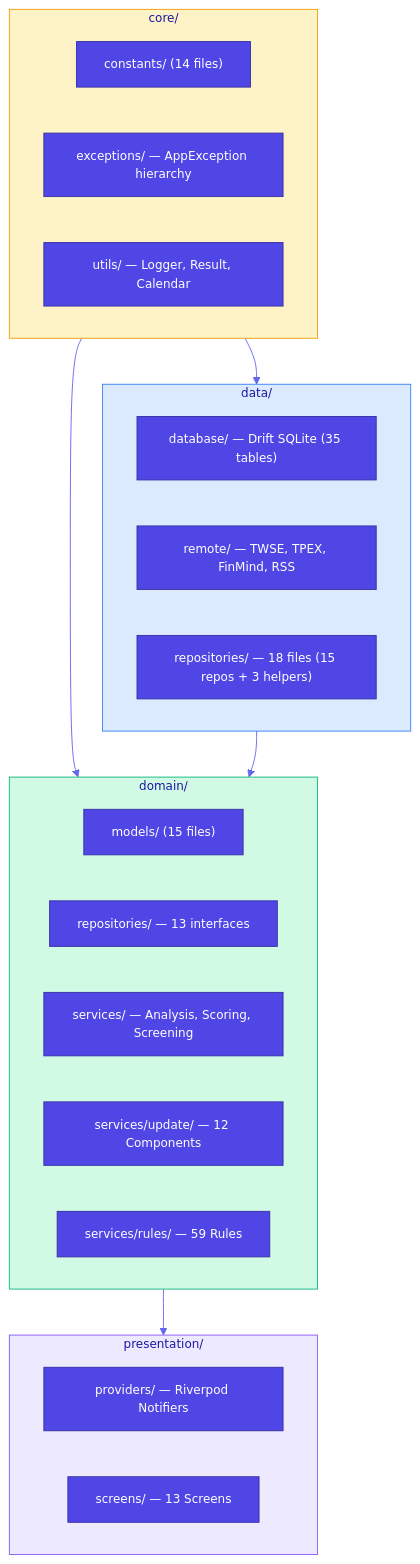
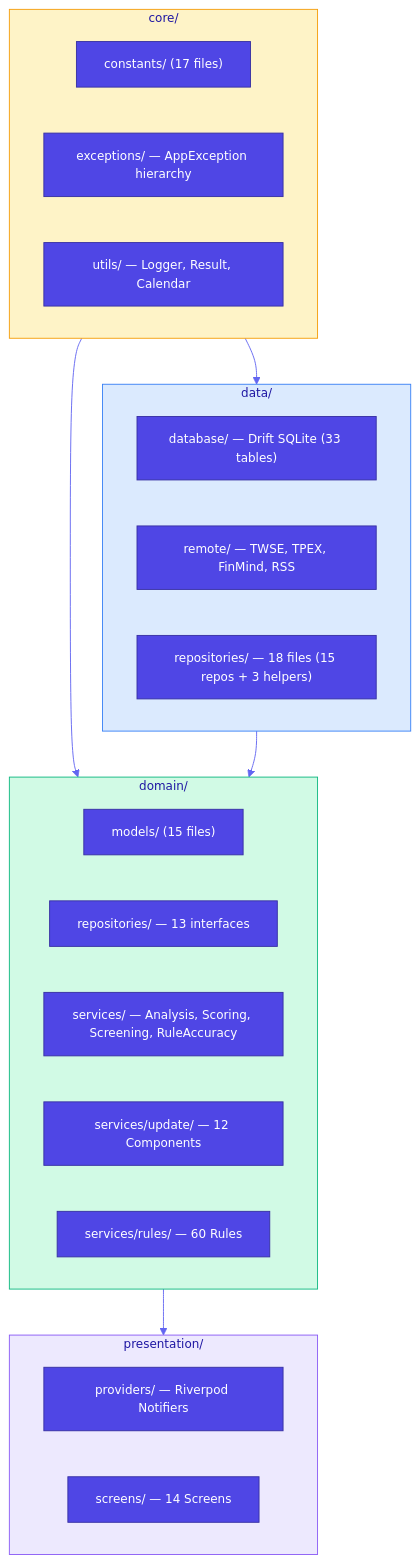
Before and after one commit to Neal75418/afterclose: the second of 4 diagrams in CLAUDE.md, drawn with Mermaid. The commit also changed other lines of this file and 53 other files, not shown here.

````diff
--- a/CLAUDE.md
+++ b/CLAUDE.md
@@ -59,38 +59,38 @@
 ```mermaid
 %%{init: {'theme': 'base', 'themeVariables': {'primaryColor': '#4F46E5', 'primaryTextColor': '#fff', 'primaryBorderColor': '#3730A3', 'lineColor': '#6366F1', 'fontSize': '13px'}}}%%
 flowchart TB
     subgraph Core["core/"]
-        Constants["constants/ (14 files)"]
+        Constants["constants/ (17 files)"]
         Exceptions["exceptions/ — AppException hierarchy"]
         Utils["utils/ — Logger, Result, Calendar"]
     end
 
     subgraph Data["data/"]
-        Database["database/ — Drift SQLite (35 tables)"]
+        Database["database/ — Drift SQLite (33 tables)"]
         Remote["remote/ — TWSE, TPEX, FinMind, RSS"]
         Repos["repositories/ — 18 files (15 repos + 3 helpers)"]
     end
 
     subgraph Domain["domain/"]
         Models["models/ (15 files)"]
         RepoIF["repositories/ — 13 interfaces"]
-        Services["services/ — Analysis, Scoring, Screening"]
+        Services["services/ — Analysis, Scoring, Screening, RuleAccuracy"]
         Update["services/update/ — 12 Components"]
-        Rules["services/rules/ — 59 Rules"]
+        Rules["services/rules/ — 60 Rules"]
     end
 
     subgraph Presentation["presentation/"]
         Providers["providers/ — Riverpod Notifiers"]
-        Screens["screens/ — 13 Screens"]
+        Screens["screens/ — 14 Screens"]
     end
 
     Core --> Data
     Core --> Domain
     Data --> Domain
     Domain --> Presentation
 
     style Core fill:#FEF3C7,stroke:#F59E0B
     style Data fill:#DBEAFE,stroke:#3B82F6
     style Domain fill:#D1FAE5,stroke:#10B981
     style Presentation fill:#EDE9FE,stroke:#8B5CF6
 ```
````
